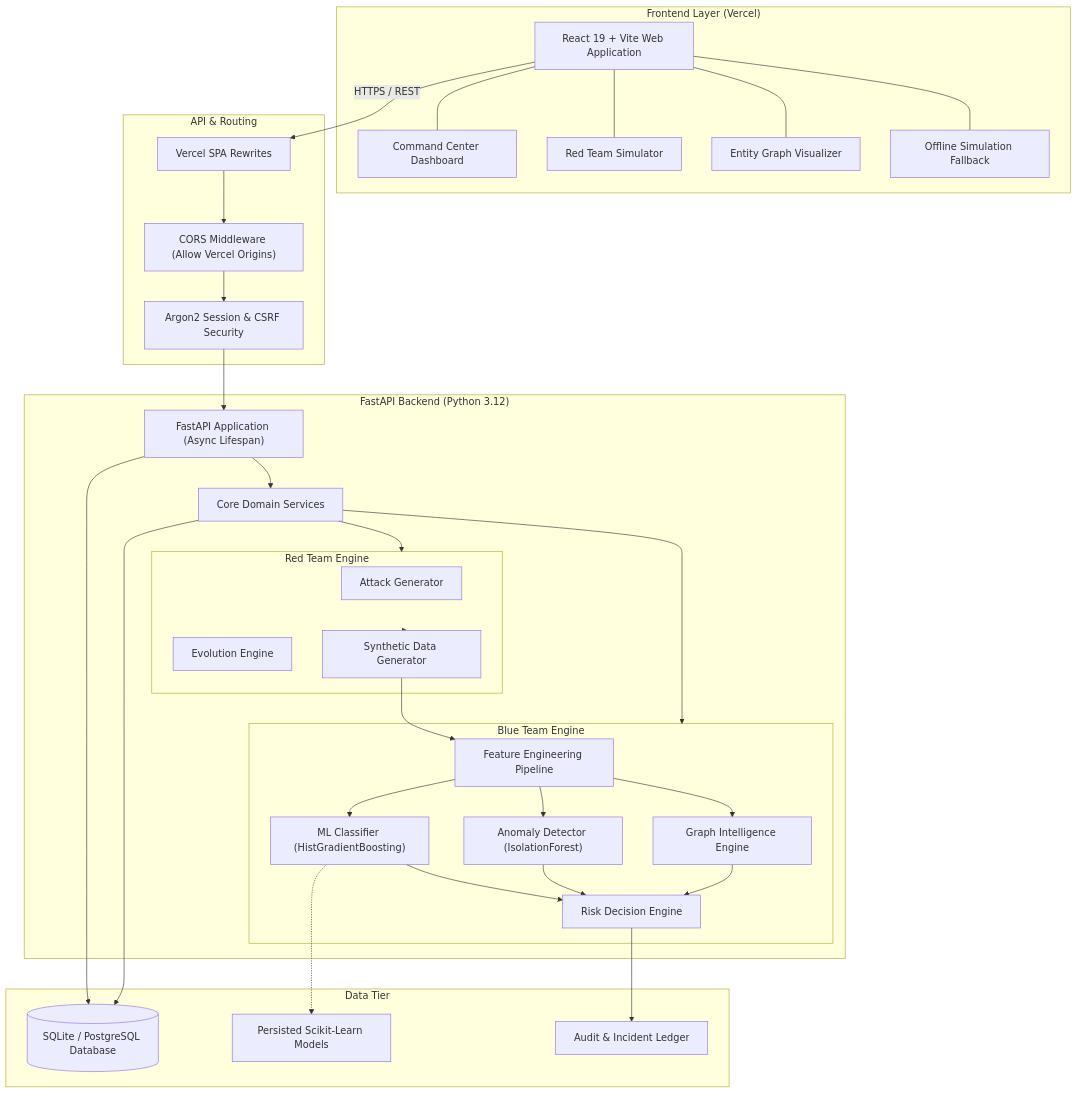
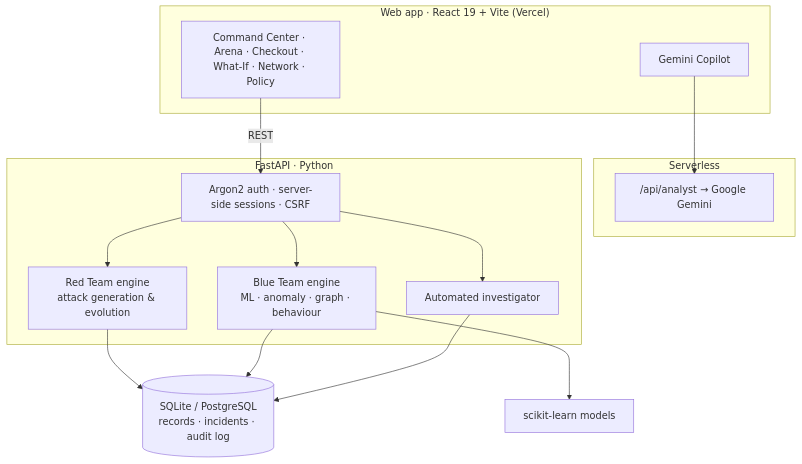
One commit to 6289subhasree/evopay changed the second of 2 diagrams in README.md. Above: the diagram before and after it, drawn with Mermaid. The commit also changed other lines of this file and 13 other files, not shown here.

````diff
--- a/README.md
+++ b/README.md
@@ -90,65 +114,23 @@
 ```mermaid
 flowchart TB
-    subgraph Client["Frontend Layer (Vercel)"]
-        UI["React 19 + Vite Web Application"]
-        DASH["Command Center Dashboard"]
-        RED_UI["Red Team Simulator"]
-        GRAPH_UI["Entity Graph Visualizer"]
-        FALLBACK["Offline Simulation Fallback"]
-        UI --- DASH
-        UI --- RED_UI
-        UI --- GRAPH_UI
-        UI --- FALLBACK
+    subgraph Client["Web app · React 19 + Vite (Vercel)"]
+        UI["Command Center · Arena · Checkout · What-If · Network · Policy"]
+        COP["Gemini Copilot"]
     end
-
-    subgraph API_GATEWAY["API & Routing"]
-        VERCEL_REW["Vercel SPA Rewrites"]
-        CORS["CORS Middleware (Allow Vercel Origins)"]
-        AUTH["Argon2 Session & CSRF Security"]
+    subgraph Edge["Serverless"]
+        AN["/api/analyst → Google Gemini"]
     end
-
-    subgraph Backend["FastAPI Backend (Python 3.12)"]
-        APP["FastAPI Application (Async Lifespan)"]
-        SERVICES["Core Domain Services"]
-        
-        subgraph Red_Engine["Red Team Engine"]
-            GEN["Attack Generator"]
-            EVO["Evolution Engine"]
-            SYN["Synthetic Data Generator"]
-        end
-
-        subgraph Blue_Engine["Blue Team Engine"]
-            FE["Feature Engineering Pipeline"]
-            ML["ML Classifier (HistGradientBoosting)"]
-            ANOM["Anomaly Detector (IsolationForest)"]
-            GRAPH["Graph Intelligence Engine"]
-            RISK["Risk Decision Engine"]
-        end
+    subgraph Backend["FastAPI · Python"]
+        AUTH["Argon2 auth · server-side sessions · CSRF"]
+        RED["Red Team engine<br/>attack generation & evolution"]
+        BLUE["Blue Team engine<br/>ML · anomaly · graph · behaviour"]
+        INV["Automated investigator"]
     end
-
-    subgraph Storage["Data Tier"]
-        DB[("SQLite / PostgreSQL Database")]
-        MODELS["Persisted Scikit-Learn Models"]
-        AUDIT["Audit & Incident Ledger"]
-    end
-
-    UI -->|"HTTPS / REST"| VERCEL_REW
-    VERCEL_REW --> CORS
-    CORS --> AUTH
-    AUTH --> APP
-    APP --> SERVICES
-    SERVICES --> Red_Engine
-    SERVICES --> Blue_Engine
-    Red_Engine --> SYN
-    SYN --> FE
-    FE --> ML
-    FE --> ANOM
-    FE --> GRAPH
-    ML --> RISK
-    ANOM --> RISK
-    GRAPH --> RISK
-    APP --> DB
-    SERVICES --> DB
-    ML -.-> MODELS
-    RISK --> AUDIT
+    DB[("SQLite / PostgreSQL<br/>records · incidents · audit log")]
+    MODELS["scikit-learn models"]
+    UI -->|REST| AUTH
+    COP --> AN
+    AUTH --> RED & BLUE & INV
+    BLUE --> MODELS
+    RED & BLUE & INV --> DB
 ```
````
